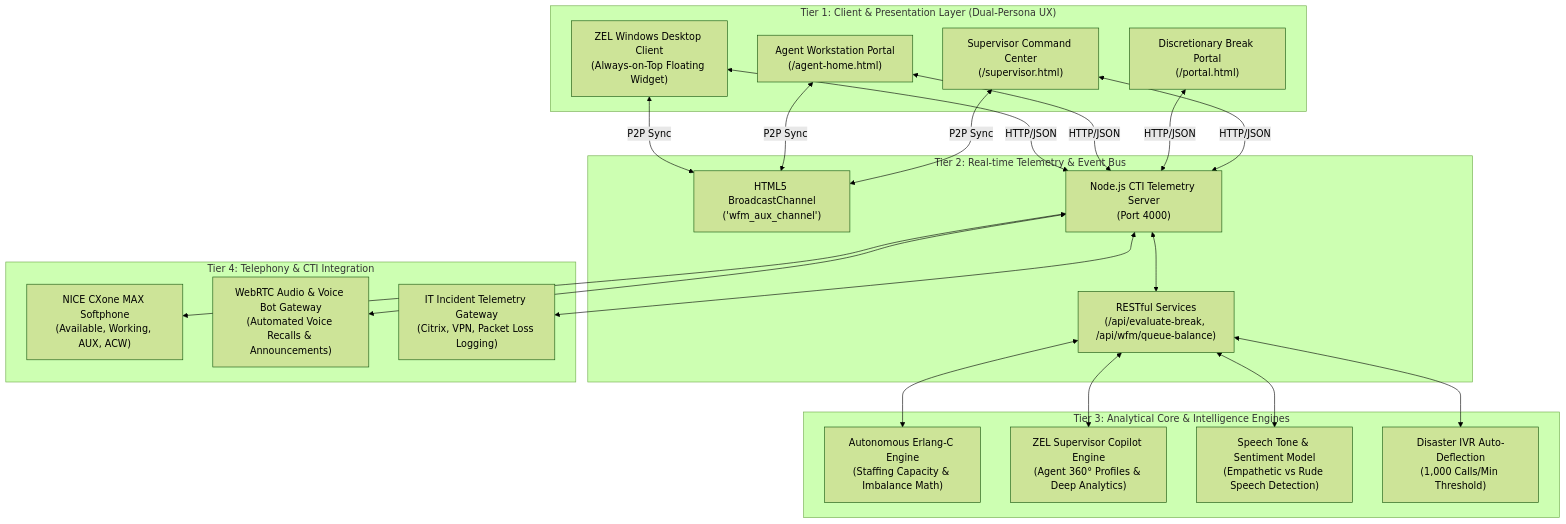
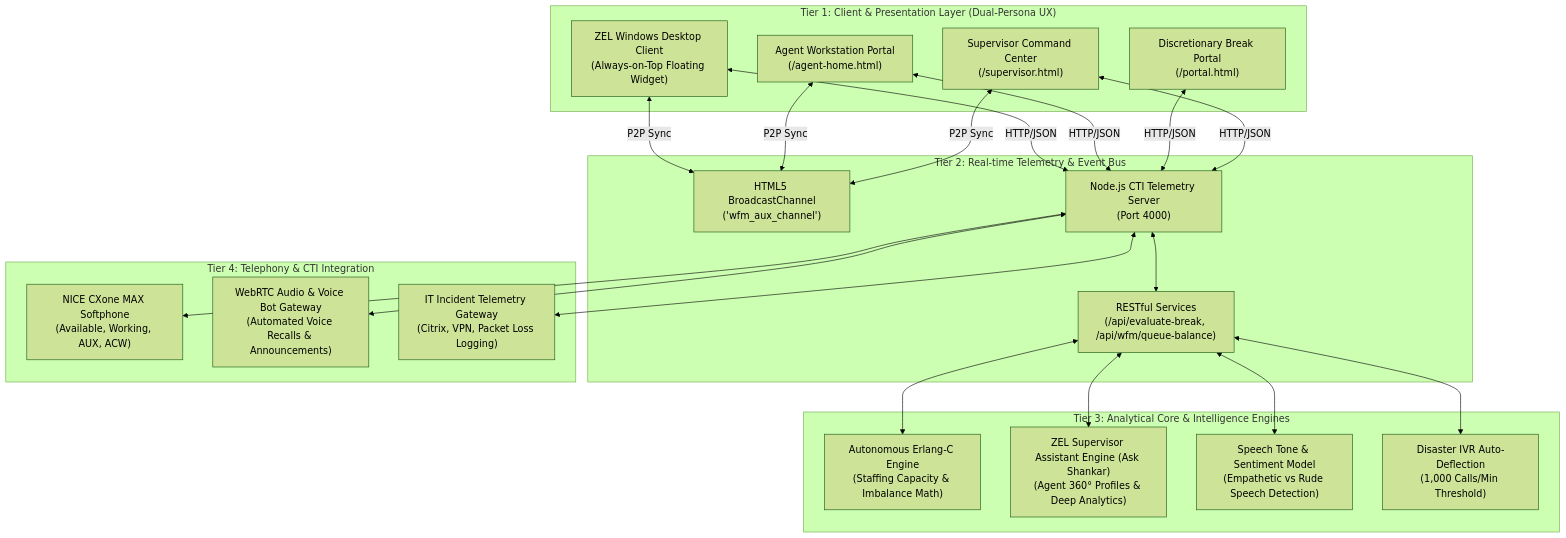
Before and after one commit to manojmaddula/aux-chatbot-: the second of 2 diagrams in ARCHITECTURE_AND_SYSTEM_DESIGN.md, drawn with Mermaid (forest theme). The commit also changed other lines of this file and 19 other files, not shown here.

Commit message:
Rename Copilot to Ask Shankar across UI, desktop widgets, and docs

````diff
--- a/ARCHITECTURE_AND_SYSTEM_DESIGN.md
+++ b/ARCHITECTURE_AND_SYSTEM_DESIGN.md
@@ -51,36 +51,36 @@
 ```mermaid
 flowchart TD
     subgraph Tier1["Tier 1: Client & Presentation Layer (Dual-Persona UX)"]
         A1["ZEL Windows Desktop Client<br/>(Always-on-Top Floating Widget)"]
         A2["Agent Workstation Portal<br/>(/agent-home.html)"]
         A3["Discretionary Break Portal<br/>(/portal.html)"]
         A4["Supervisor Command Center<br/>(/supervisor.html)"]
     end
 
     subgraph Tier2["Tier 2: Real-time Telemetry & Event Bus"]
         B1["HTML5 BroadcastChannel<br/>('wfm_aux_channel')"]
         B2["Node.js CTI Telemetry Server<br/>(Port 4000)"]
         B3["RESTful Services<br/>(/api/evaluate-break, /api/wfm/queue-balance)"]
     end
 
     subgraph Tier3["Tier 3: Analytical Core & Intelligence Engines"]
         C1["Autonomous Erlang-C Engine<br/>(Staffing Capacity & Imbalance Math)"]
-        C2["ZEL Supervisor Copilot Engine<br/>(Agent 360° Profiles & Deep Analytics)"]
+        C2["ZEL Supervisor Assistant Engine (Ask Shankar)<br/>(Agent 360° Profiles & Deep Analytics)"]
         C3["Speech Tone & Sentiment Model<br/>(Empathetic vs Rude Speech Detection)"]
         C4["Disaster IVR Auto-Deflection<br/>(1,000 Calls/Min Threshold)"]
     end
 
     subgraph Tier4["Tier 4: Telephony & CTI Integration"]
         D1["NICE CXone MAX Softphone<br/>(Available, Working, AUX, ACW)"]
         D2["WebRTC Audio & Voice Bot Gateway<br/>(Automated Voice Recalls & Announcements)"]
         D3["IT Incident Telemetry Gateway<br/>(Citrix, VPN, Packet Loss Logging)"]
     end
 
     A1 <-->|P2P Sync| B1
     A2 <-->|P2P Sync| B1
     A4 <-->|P2P Sync| B1
     A1 & A2 & A3 & A4 <-->|HTTP/JSON| B2
     B2 <--> B3
     B3 <--> C1 & C2 & C3 & C4
     B2 <--> D1 & D2 & D3
 ```
````
